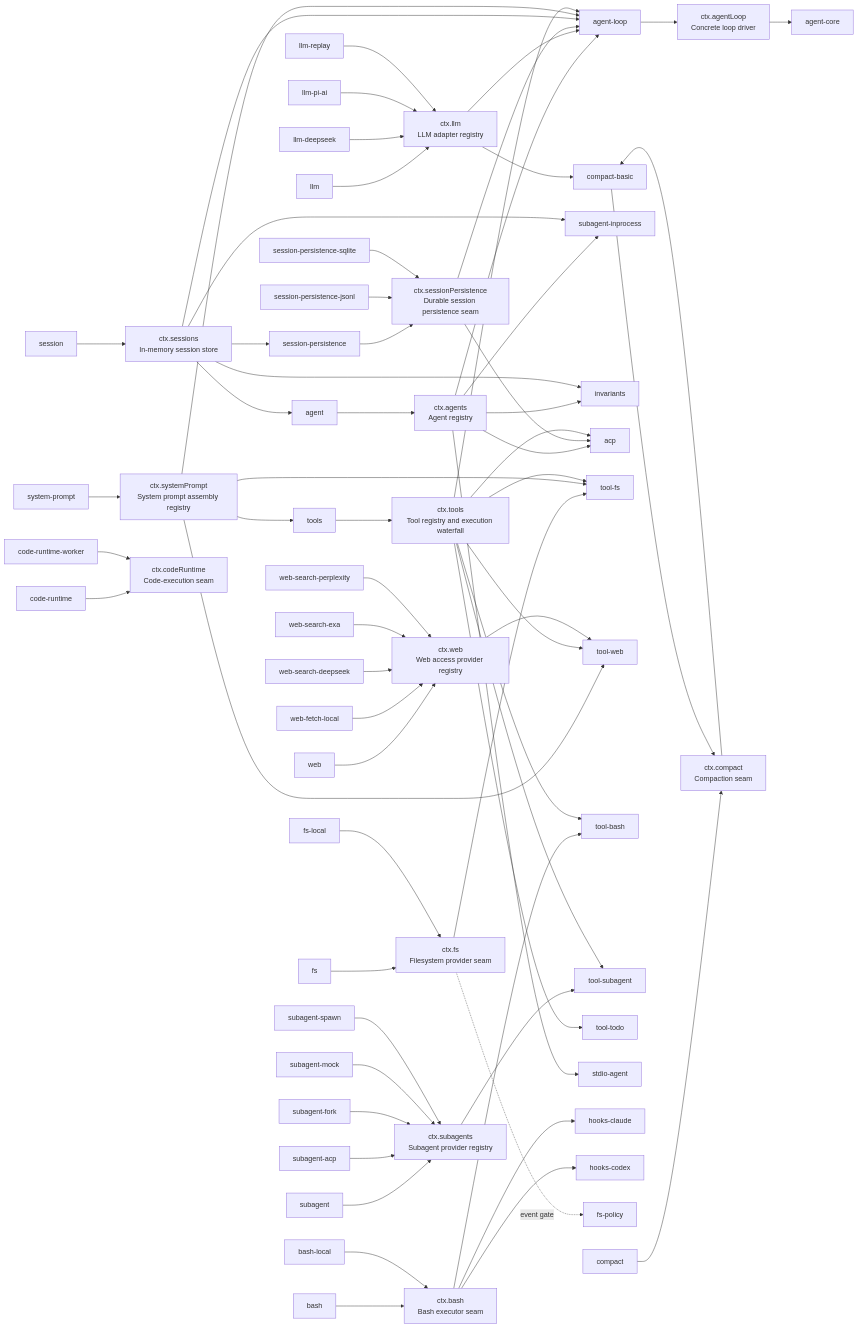
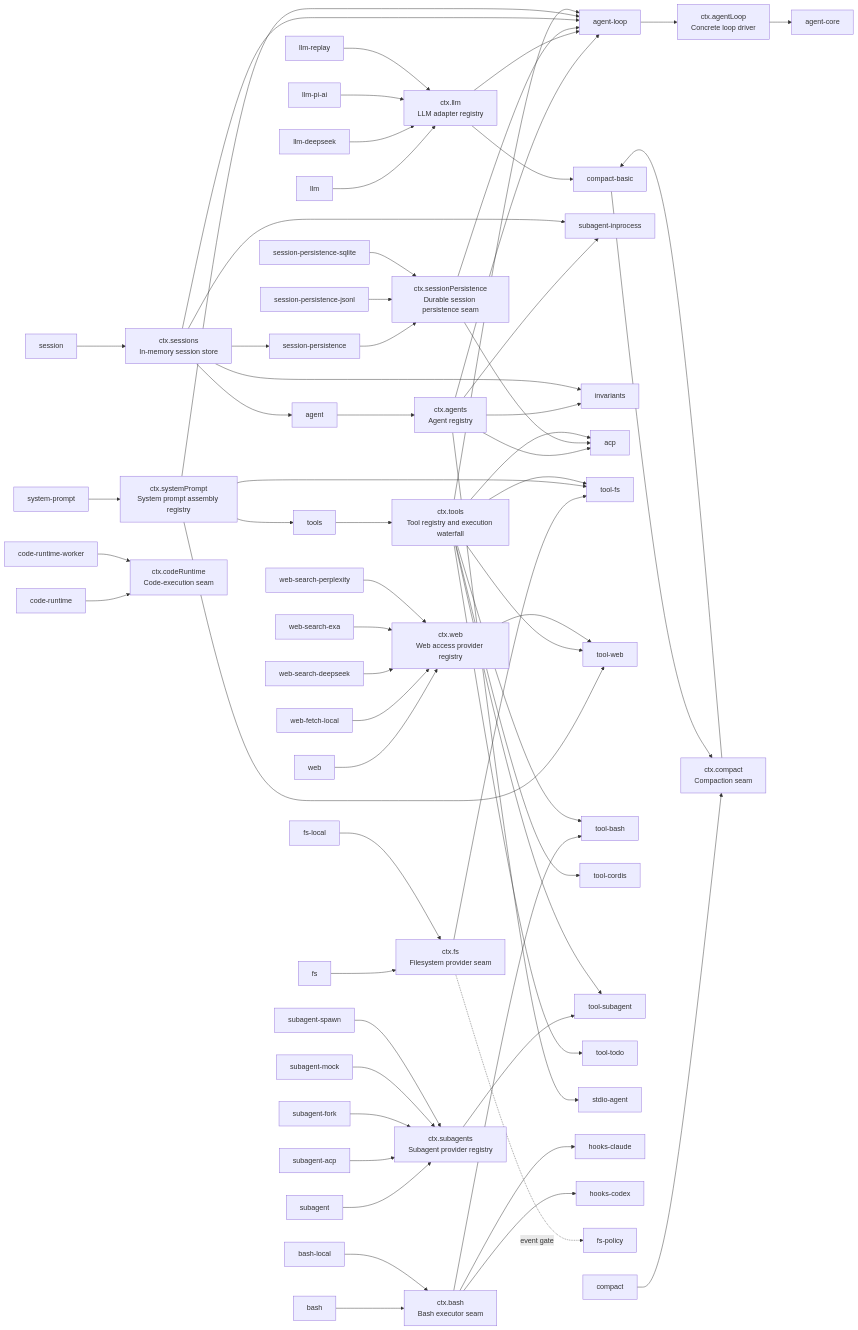
The diagram in docs/capability-seams.md (007M7/DeepCode), drawn with Mermaid before and after one commit. The commit also changed other lines of this file and 12 other files, not shown here.

```diff
--- a/docs/capability-seams.md
+++ b/docs/capability-seams.md
@@ -31,6 +31,7 @@
   pkg_tool_web["tool-web"]
   svc_tools["ctx.tools<br/>Tool registry and execution waterfall"]
   pkg_tool_bash["tool-bash"]
+  pkg_tool_cordis["tool-cordis"]
   pkg_tool_subagent["tool-subagent"]
   pkg_tool_todo["tool-todo"]
   svc_agents["ctx.agents<br/>Agent registry"]
@@ -121,6 +122,7 @@
   svc_tools --> pkg_acp
   svc_tools --> pkg_agent_loop
   svc_tools --> pkg_tool_bash
+  svc_tools --> pkg_tool_cordis
   svc_tools --> pkg_tool_fs
   svc_tools --> pkg_tool_subagent
   svc_tools --> pkg_tool_todo
```
